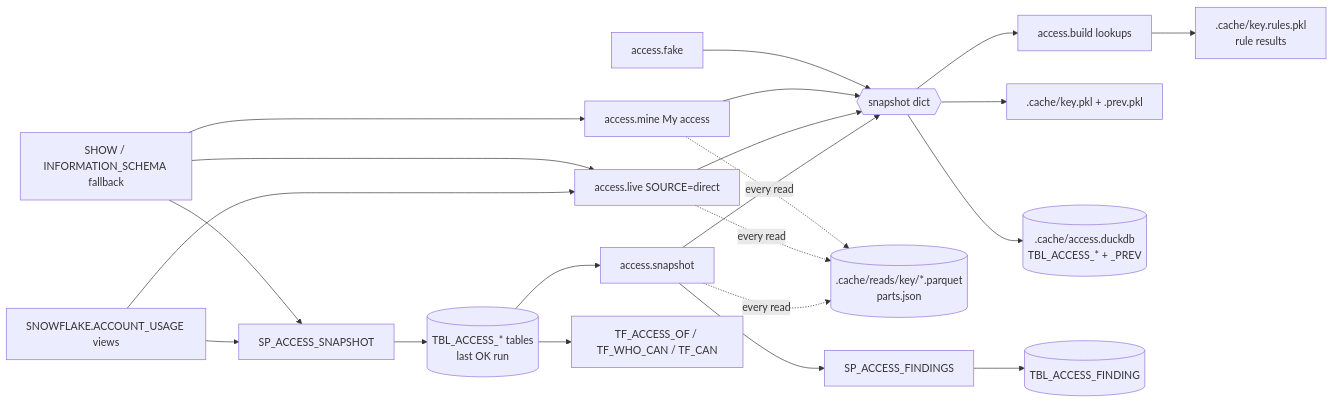
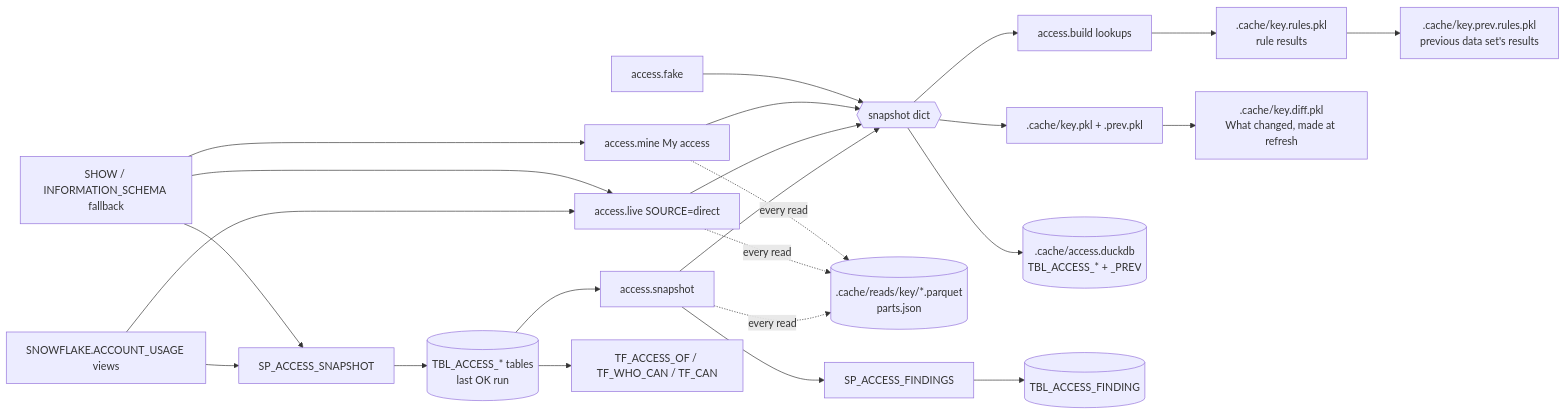
Before and after one commit to darshanmeel/snowflake-access-explorer: the first of 2 diagrams in snowflake-access-explorer-knowledge-graph/data/model.md, drawn with Mermaid. The commit also changed other lines of this file and 86 other files, not shown here.

First line of the commit message:
Knowledge graph up to a71221c: paged pages, lazy graph boxes, read order, What changed at refresh, load steps

````diff
--- a/snowflake-access-explorer-knowledge-graph/data/model.md
+++ b/snowflake-access-explorer-knowledge-graph/data/model.md
@@ -6,21 +6,23 @@
 ```mermaid
 flowchart LR
   AU[SNOWFLAKE.ACCOUNT_USAGE views] --> SP[SP_ACCESS_SNAPSHOT]
   SHOW[SHOW / INFORMATION_SCHEMA fallback] --> SP
   SP --> T[(TBL_ACCESS_* tables<br/>last OK run)]
   T --> SNAP[access.snapshot]
   AU --> LIVE[access.live SOURCE=direct]
   SHOW --> LIVE
   SHOW --> MINE[access.mine My access]
   SNAP --> D{{snapshot dict}}
   LIVE --> D
   MINE --> D
   FAKE[access.fake] --> D
   D --> B[access.build lookups]
   SNAP & LIVE & MINE -.every read.-> PRT[(.cache/reads/key/*.parquet<br/>parts.json)]
   D --> PKL[.cache/key.pkl + .prev.pkl]
   B --> RUL[.cache/key.rules.pkl<br/>rule results]
+  RUL --> PRUL[.cache/key.prev.rules.pkl<br/>previous data set's results]
+  PKL --> DIFF[.cache/key.diff.pkl<br/>What changed, made at refresh]
   D --> DUCK[(.cache/access.duckdb<br/>TBL_ACCESS_* + _PREV)]
   T --> TF[TF_ACCESS_OF / TF_WHO_CAN / TF_CAN]
   SNAP --> FIND[SP_ACCESS_FINDINGS] --> F[(TBL_ACCESS_FINDING)]
 ```
````
